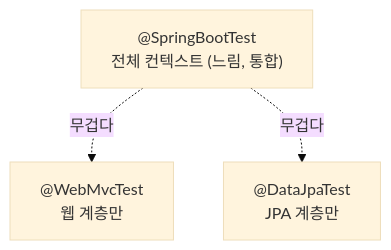
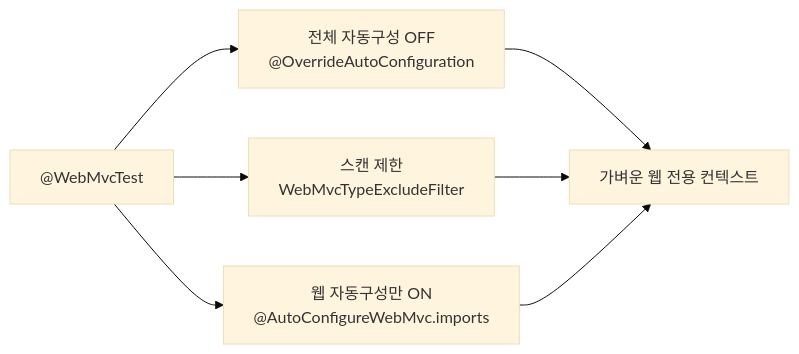
The first of 2 diagrams in _posts/2026-04-09-springboot-test-slices.md (parksangji/parksangji.github.io), drawn with Mermaid (base theme) before and after one commit. The commit also changed other lines of this file and 22 other files, not shown here.

First line of the commit message:
Spring Boot 카테고리 23편 딥다이브 고도화 + 애니메이션 SVG

````diff
--- a/_posts/2026-04-09-springboot-test-slices.md
+++ b/_posts/2026-04-09-springboot-test-slices.md
@@ -18,8 +80,7 @@
 ```mermaid
-flowchart TB
-    A["@SpringBootTest<br/>전체 컨텍스트 (느림, 통합)"]
-    B["@WebMvcTest<br/>웹 계층만"]
-    C["@DataJpaTest<br/>JPA 계층만"]
-    A -.무겁다.-> B
-    A -.무겁다.-> C
+flowchart LR
+    A["@WebMvcTest"] --> B["전체 자동구성 OFF<br/>@OverrideAutoConfiguration"]
+    A --> C["스캔 제한<br/>WebMvcTypeExcludeFilter"]
+    A --> D["웹 자동구성만 ON<br/>@AutoConfigureWebMvc.imports"]
+    B & C & D --> E["가벼운 웹 전용 컨텍스트"]
 ```
````
